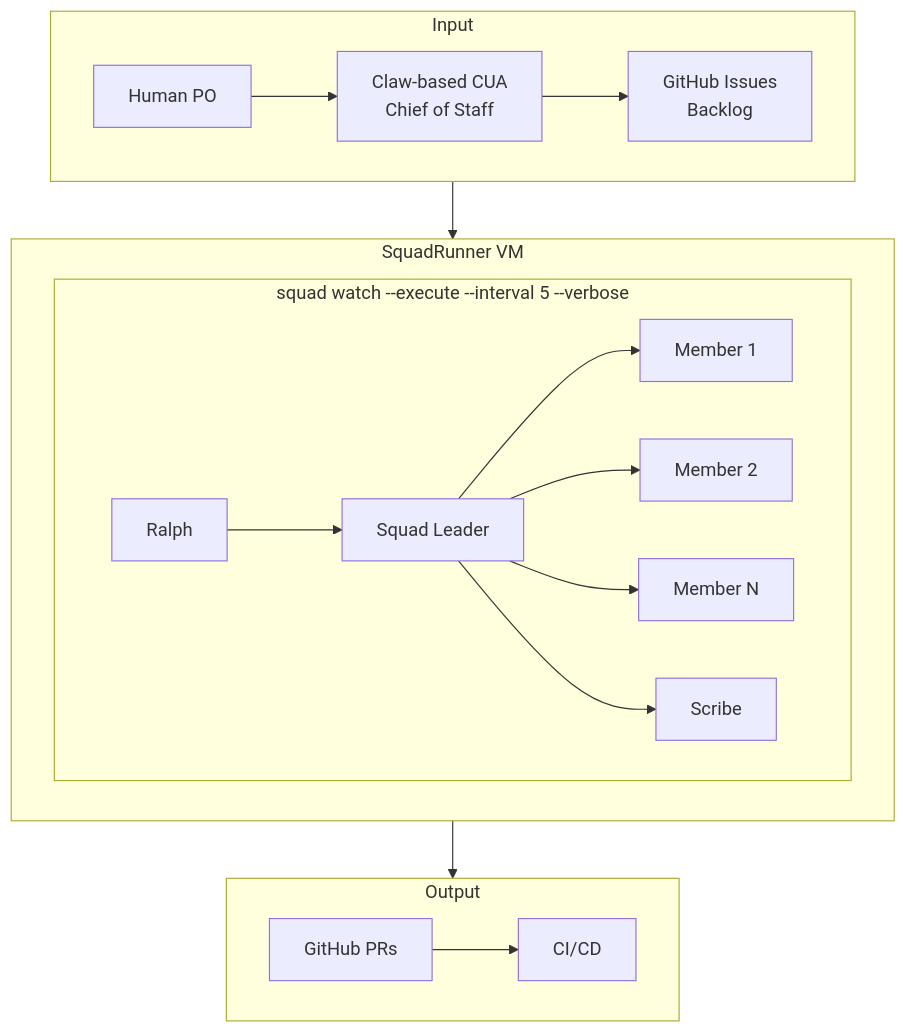
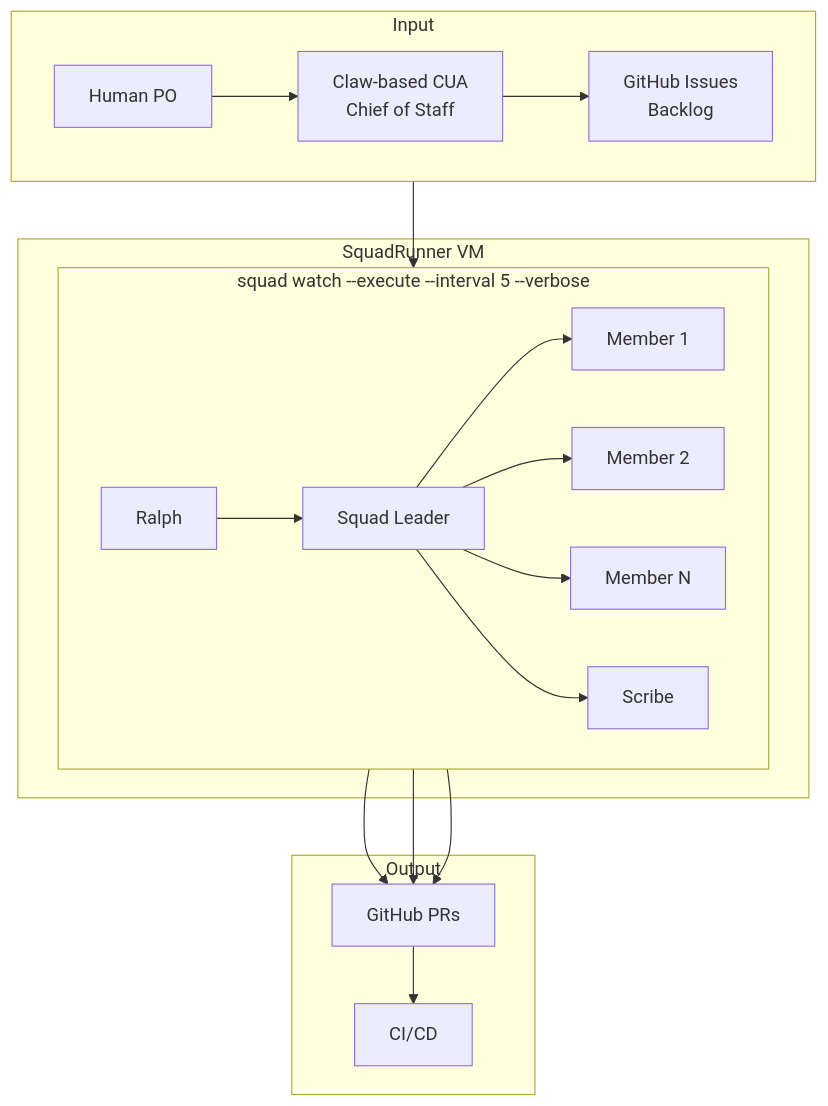
Before and after one commit to TheeUnderdog/SquadRunner: the diagram in README.md, drawn with Mermaid.

Commit message:
Direct connections: Issues→Ralph, Members→PRs

````diff
--- a/README.md
+++ b/README.md
@@ -19,26 +19,28 @@
 ```mermaid
 flowchart TD
     subgraph Input
         direction LR
         H[Human PO] --> CUA[Claw-based CUA<br/>Chief of Staff] --> GH[GitHub Issues<br/>Backlog]
     end
     
-    Input --> VM
+    GH --> R
     
     subgraph VM[SquadRunner VM]
         subgraph SW[squad watch --execute --interval 5 --verbose]
             direction LR
             R[Ralph] --> SL[Squad Leader]
             SL --> M1[Member 1]
             SL --> M2[Member 2]
             SL --> MN[Member N]
             SL --> SC[Scribe]
         end
     end
     
-    VM --> Output
+    M1 --> PR
+    M2 --> PR
+    MN --> PR
     
     subgraph Output
         PR[GitHub PRs] --> CI[CI/CD]
     end
 ```
````
